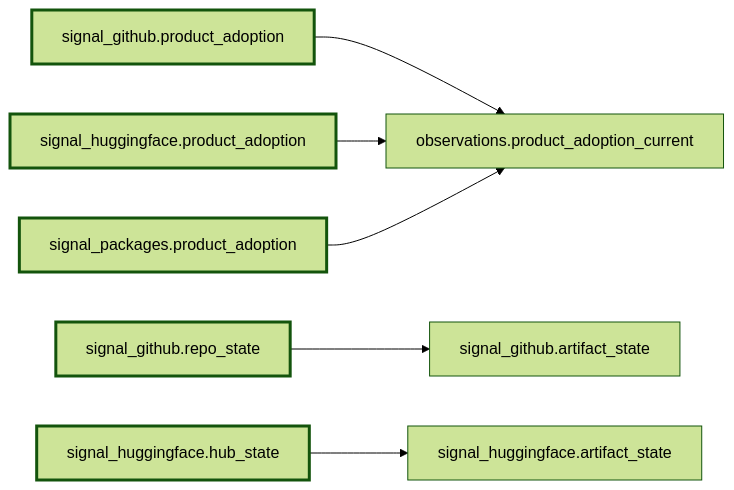
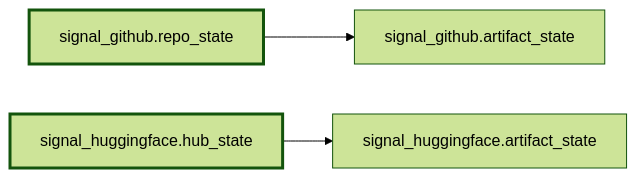
The third of 3 diagrams in docs/architecture/current-state-dag.md (currentai-org/os-ai-map), drawn with Mermaid (forest theme) before and after one commit. The commit also changed other lines of this file and 18 other files, not shown here.

````diff
--- a/docs/architecture/current-state-dag.md
+++ b/docs/architecture/current-state-dag.md
@@ -168,10 +137,7 @@
 ```mermaid
 graph LR
-  signal_github__product_adoption[signal_github.product_adoption]:::compat --> observations__product_adoption_current[observations.product_adoption_current]
   signal_github__repo_state[signal_github.repo_state]:::compat --> signal_github__artifact_state[signal_github.artifact_state]
   signal_huggingface__hub_state[signal_huggingface.hub_state]:::compat --> signal_huggingface__artifact_state[signal_huggingface.artifact_state]
-  signal_huggingface__product_adoption[signal_huggingface.product_adoption]:::compat --> observations__product_adoption_current[observations.product_adoption_current]
-  signal_packages__product_adoption[signal_packages.product_adoption]:::compat --> observations__product_adoption_current[observations.product_adoption_current]
   classDef compat stroke-width:3px;
   classDef src fill:#def;
 ```
````
